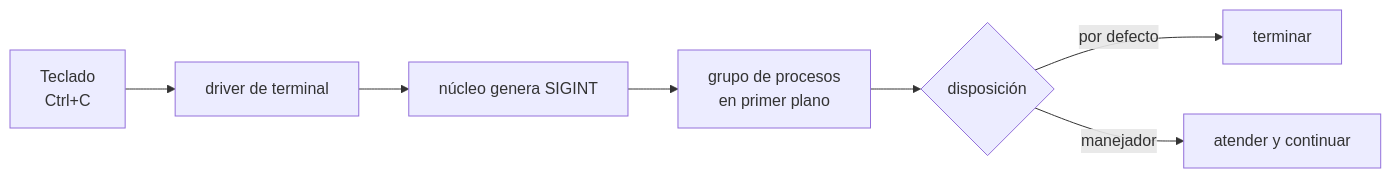
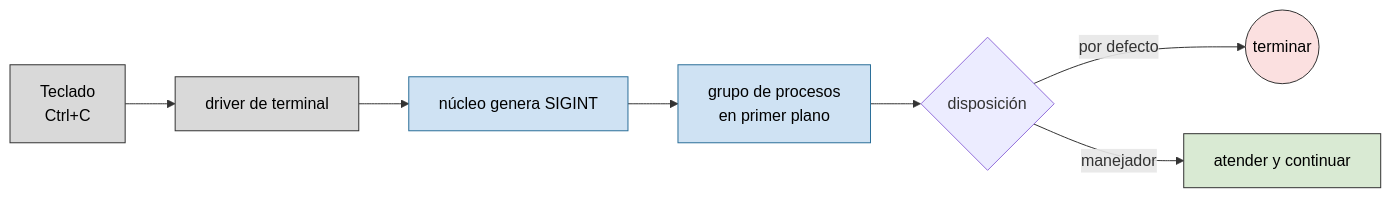
The third of 5 diagrams in TEORIA/08-ipc-senales/README.md (asiermarzo/ssoo), drawn with Mermaid before and after one commit. The commit also changed other lines of this file and 25 other files, not shown here.

Commit message:
refinado de diagramas mermaid y svg

````diff
--- a/TEORIA/08-ipc-senales/README.md
+++ b/TEORIA/08-ipc-senales/README.md
@@ -49,9 +62,20 @@
 ```mermaid
 flowchart LR
     K["Teclado<br/>Ctrl+C"] --> T["driver de terminal"]
     T --> SO["núcleo genera SIGINT"]
     SO --> FG["grupo de procesos<br/>en primer plano"]
     FG --> D{"disposición"}
-    D -->|por defecto| F[terminar]
-    D -->|manejador| H[atender y continuar]
+    D -->|por defecto| F(("terminar"))
+    D -->|manejador| H["atender y continuar"]
+
+    classDef hw fill:#d9d9d9,stroke:#333,color:#000;
+    classDef nucleo fill:#cfe2f3,stroke:#2b6f99,color:#000;
+    classDef proceso fill:#cfe2f3,stroke:#2b6f99,color:#000;
+    classDef fin fill:#fbe0e0,stroke:#333,color:#000;
+    classDef ok fill:#d9ead3,stroke:#333,color:#000;
+    class K,T hw;
+    class SO nucleo;
+    class FG proceso;
+    class F fin;
+    class H ok;
 ```
````
